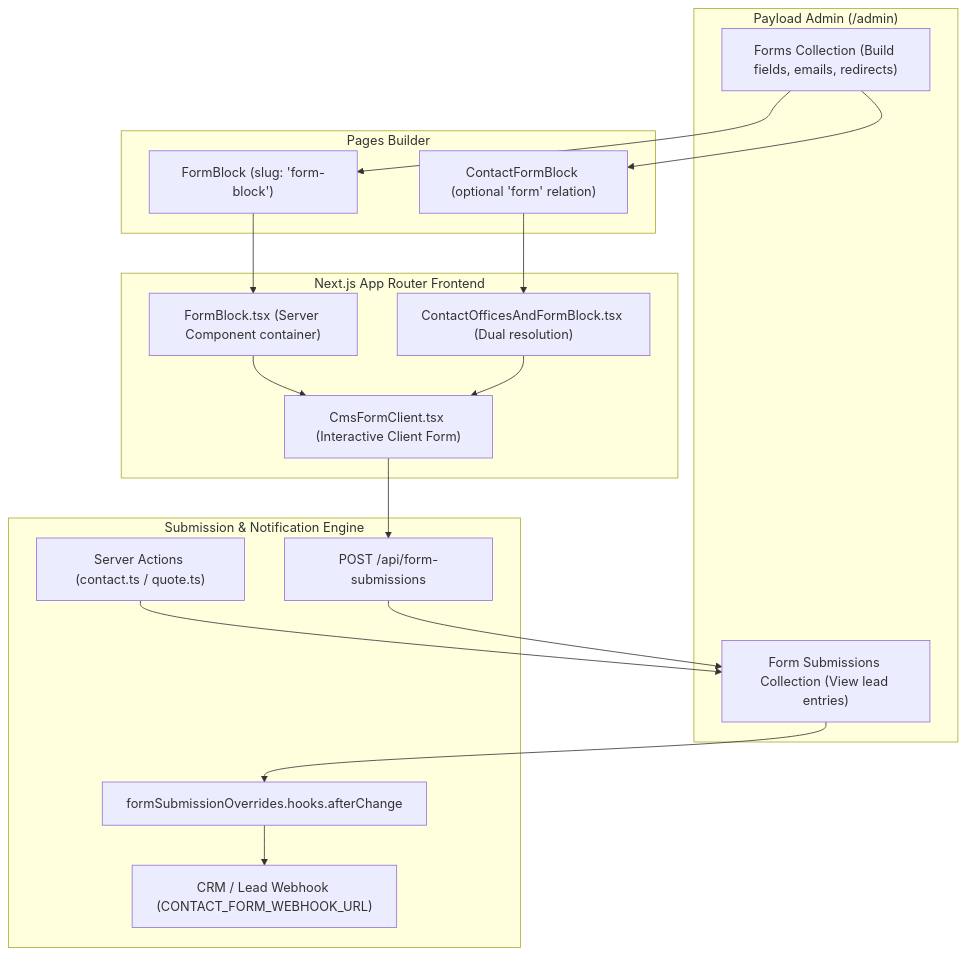
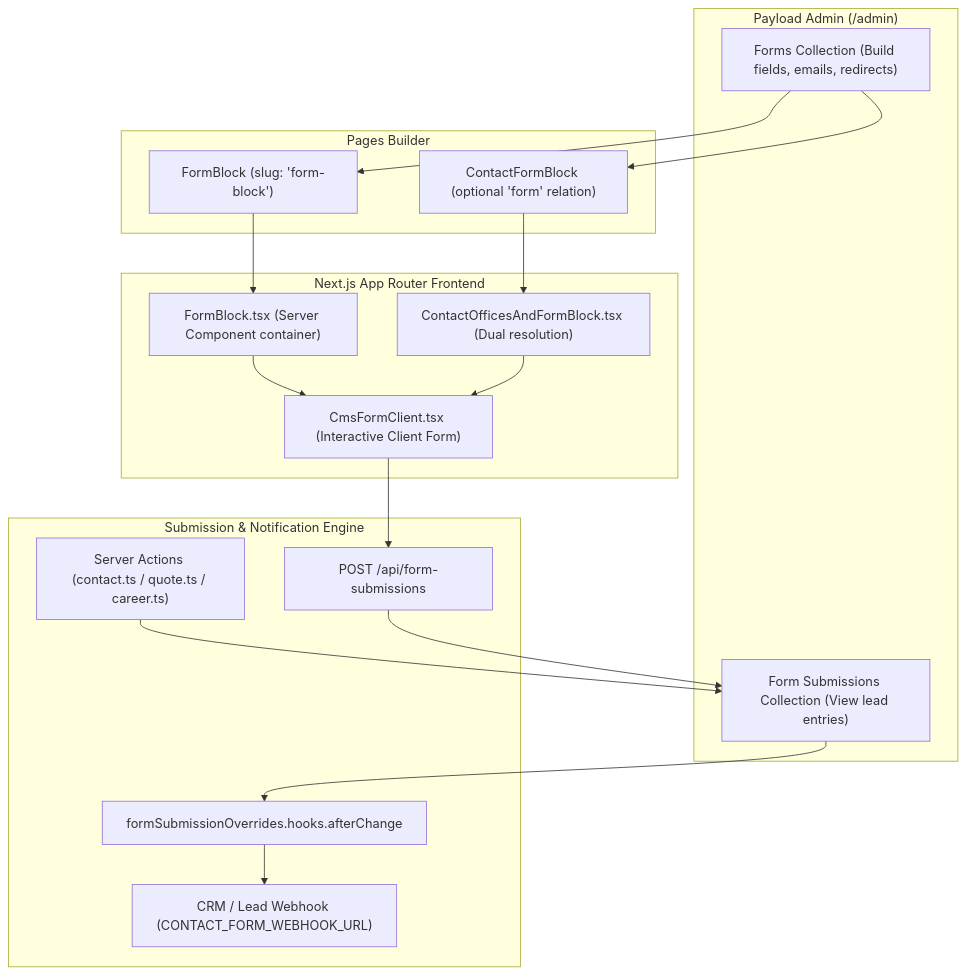
One commit to BhavikPatel-dreamz/dynamicdreamz-self changed the second of 2 diagrams in docs/payload-cms-integration-guide.md. Above: the diagram before and after it, drawn with Mermaid. The commit also changed 4 other files, not shown here.

````diff
--- a/docs/payload-cms-integration-guide.md
+++ b/docs/payload-cms-integration-guide.md
@@ -253,37 +253,37 @@
 ```mermaid
 flowchart TD
     subgraph CMSAdmin["Payload Admin (/admin)"]
         FormsColl["Forms Collection (Build fields, emails, redirects)"]
         SubsColl["Form Submissions Collection (View lead entries)"]
     end
 
     subgraph PagesCollection["Pages Builder"]
         FormBlockSchema["FormBlock (slug: 'form-block')"]
         ContactFormBlockSchema["ContactFormBlock (optional 'form' relation)"]
     end
 
     subgraph FrontendApp["Next.js App Router Frontend"]
         FormBlockComp["FormBlock.tsx (Server Component container)"]
         CmsFormClientComp["CmsFormClient.tsx (Interactive Client Form)"]
         ContactSectionComp["ContactOfficesAndFormBlock.tsx (Dual resolution)"]
     end
 
     subgraph SubmissionFlow["Submission & Notification Engine"]
         ApiEndpoint["POST /api/form-submissions"]
-        LocalActions["Server Actions (contact.ts / quote.ts)"]
+        LocalActions["Server Actions (contact.ts / quote.ts / career.ts)"]
         WebhookHook["formSubmissionOverrides.hooks.afterChange"]
         ExternalWebhook["CRM / Lead Webhook (CONTACT_FORM_WEBHOOK_URL)"]
     end
 
     FormsColl --> FormBlockSchema
     FormsColl --> ContactFormBlockSchema
     FormBlockSchema --> FormBlockComp
     FormBlockComp --> CmsFormClientComp
     ContactFormBlockSchema --> ContactSectionComp
     ContactSectionComp --> CmsFormClientComp
     CmsFormClientComp --> ApiEndpoint
     LocalActions --> SubsColl
     ApiEndpoint --> SubsColl
     SubsColl --> WebhookHook
     WebhookHook --> ExternalWebhook
 ```
````
